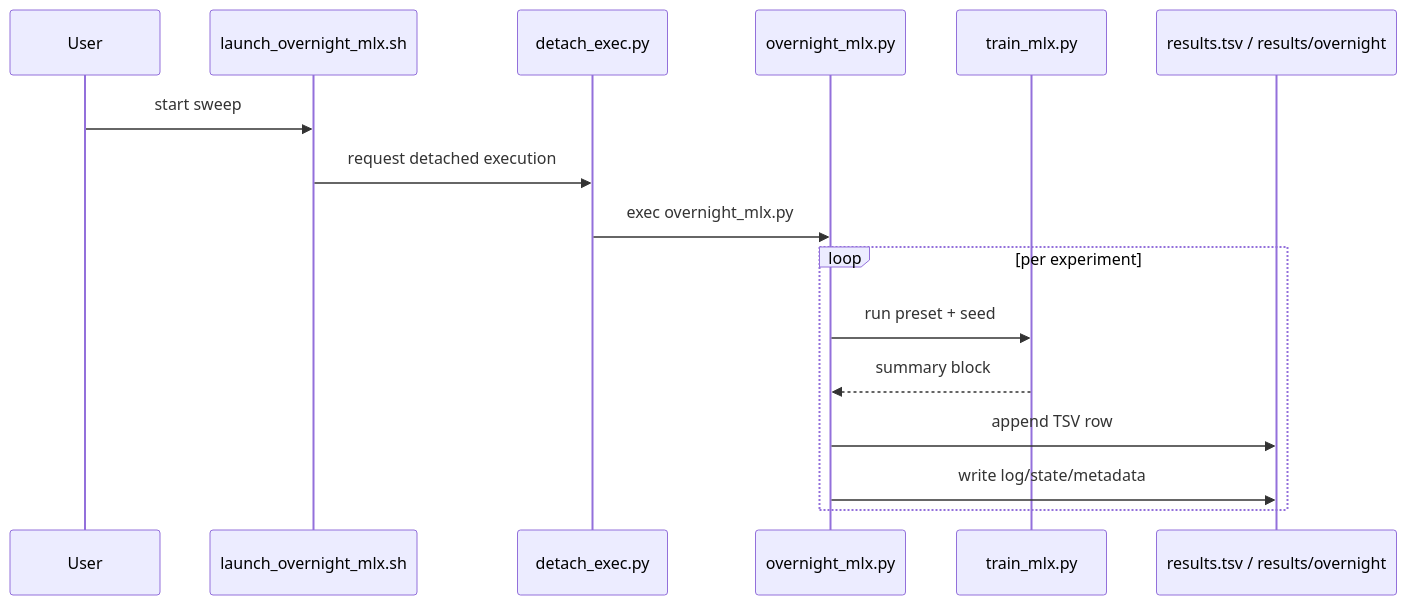
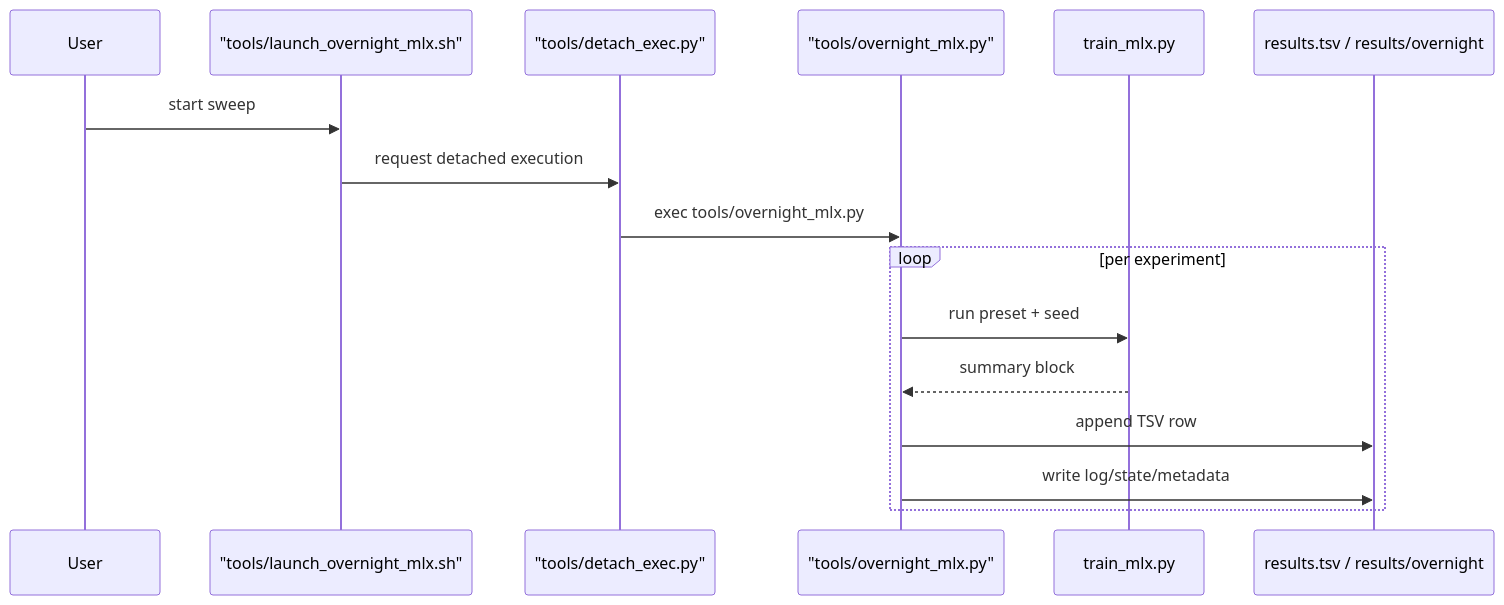
One commit to Entrpi/autoresearch-everywhere changed the third of 3 diagrams in docs/mlx-port-architecture.md. Above: the diagram before and after it, drawn with Mermaid. The commit also changed other lines of this file and 7 other files, not shown here.

````diff
--- a/docs/mlx-port-architecture.md
+++ b/docs/mlx-port-architecture.md
@@ -295,19 +298,19 @@
 ```mermaid
 sequenceDiagram
     participant User
-    participant Launcher as launch_overnight_mlx.sh
-    participant Detach as detach_exec.py
-    participant Sweep as overnight_mlx.py
+    participant Launcher as "tools/launch_overnight_mlx.sh"
+    participant Detach as "tools/detach_exec.py"
+    participant Sweep as "tools/overnight_mlx.py"
     participant Train as train_mlx.py
     participant Results as results.tsv / results/overnight
 
     User->>Launcher: start sweep
     Launcher->>Detach: request detached execution
-    Detach->>Sweep: exec overnight_mlx.py
+    Detach->>Sweep: exec tools/overnight_mlx.py
     loop per experiment
         Sweep->>Train: run preset + seed
         Train-->>Sweep: summary block
         Sweep->>Results: append TSV row
         Sweep->>Results: write log/state/metadata
     end
 ```
````
